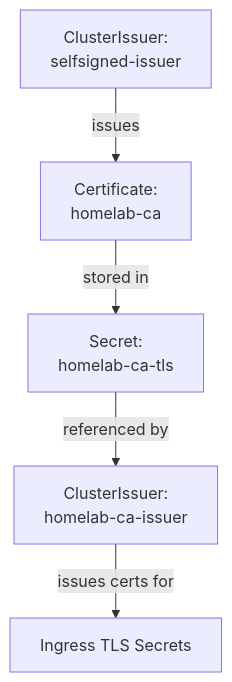
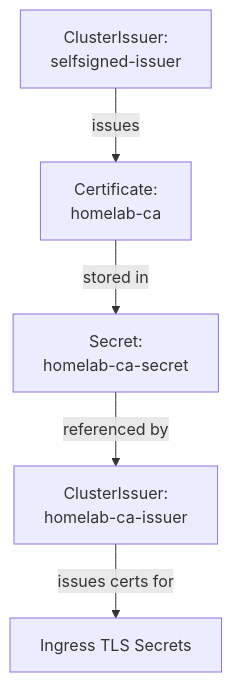
Before and after one commit to kyleseneker/homelab: the second of 3 diagrams in docs/architecture/networking.md, drawn with Mermaid. The commit also changed other lines of this file and 4 other files, not shown here.

````diff
--- a/docs/architecture/networking.md
+++ b/docs/architecture/networking.md
@@ -48,7 +48,7 @@
 ```mermaid
 flowchart TD
     selfSignedIssuer["ClusterIssuer:\nselfsigned-issuer"] -->|"issues"| caCert["Certificate:\nhomelab-ca"]
-    caCert -->|"stored in"| caSecret["Secret:\nhomelab-ca-tls"]
+    caCert -->|"stored in"| caSecret["Secret:\nhomelab-ca-secret"]
     caSecret -->|"referenced by"| caIssuer["ClusterIssuer:\nhomelab-ca-issuer"]
     caIssuer -->|"issues certs for"| ingressTLS["Ingress TLS Secrets"]
 ```
````
